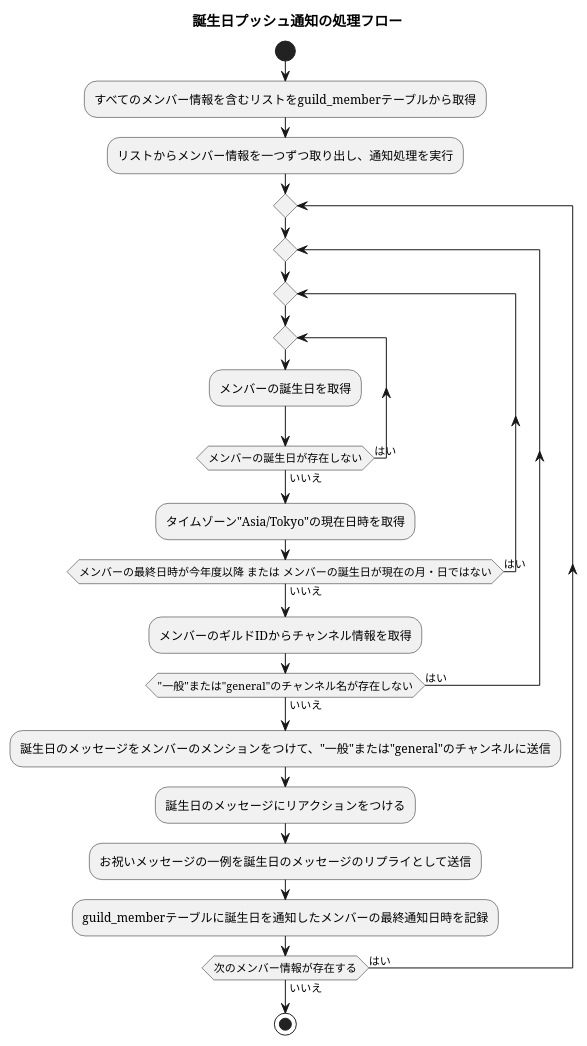
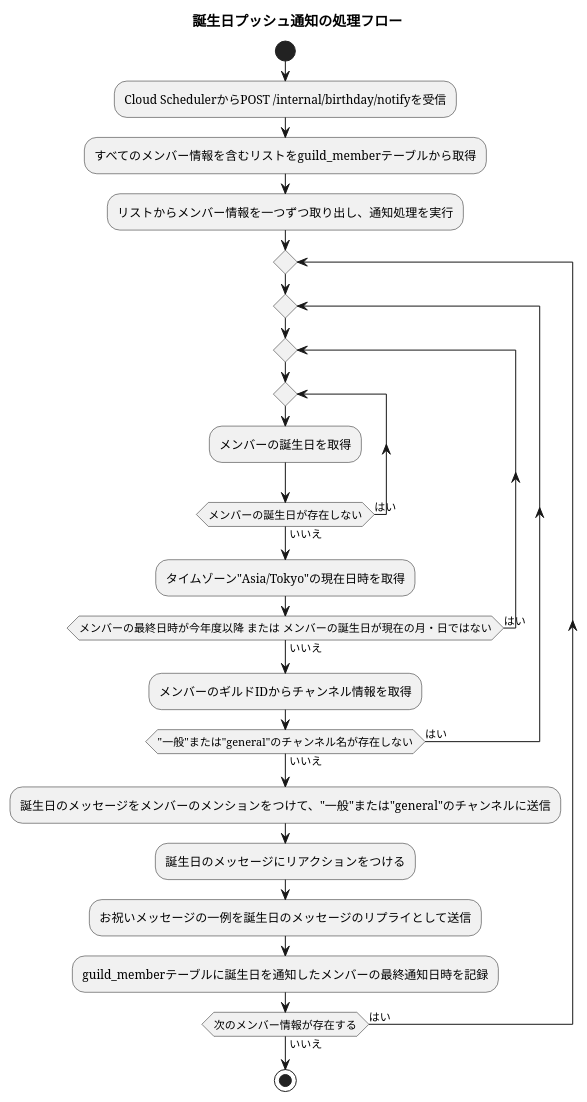
The diagram in docs/uml/birth_プッシュ通知.puml (novum-d/zunda-bot-rs), drawn with PlantUML before and after one commit. The commit also changed 18 other files, not shown here.

```diff
--- a/docs/uml/birth_プッシュ通知.puml
+++ b/docs/uml/birth_プッシュ通知.puml
@@ -1,34 +1,36 @@
 @startuml
 title 誕生日プッシュ通知の処理フロー
 start
+
+:Cloud SchedulerからPOST /internal/birthday/notifyを受信;
 
 :すべてのメンバー情報を含むリストをguild_memberテーブルから取得;
 
 :リストからメンバー情報を一つずつ取り出し、通知処理を実行;
 
 repeat
 
 repeat
 
 repeat
 
 repeat
 :メンバーの誕生日を取得;
 
 repeat while (メンバーの誕生日が存在しない) is (はい) not (いいえ)
   :タイムゾーン"Asia/Tokyo"の現在日時を取得;
 repeat while (メンバーの最終日時が今年度以降 または メンバーの誕生日が現在の月・日ではない) is (はい) not (いいえ)
 
   :メンバーのギルドIDからチャンネル情報を取得;
 repeat while ("一般"または"general"のチャンネル名が存在しない) is (はい) not (いいえ)
 
 :誕生日のメッセージをメンバーのメンションをつけて、"一般"または"general"のチャンネルに送信;
 :誕生日のメッセージにリアクションをつける;
 :お祝いメッセージの一例を誕生日のメッセージのリプライとして送信;
 
 :guild_memberテーブルに誕生日を通知したメンバーの最終通知日時を記録;
 
 repeat while (次のメンバー情報が存在する) is (はい) not (いいえ)
 stop
 
 @enduml
```
